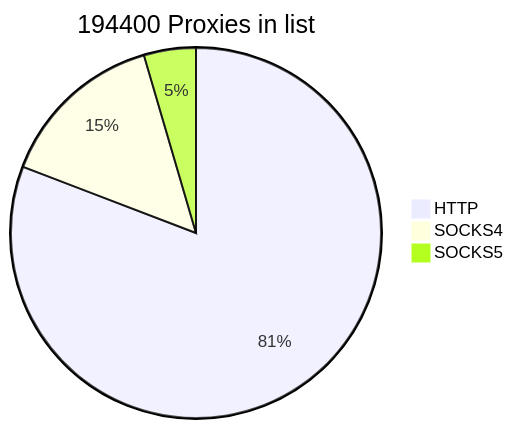
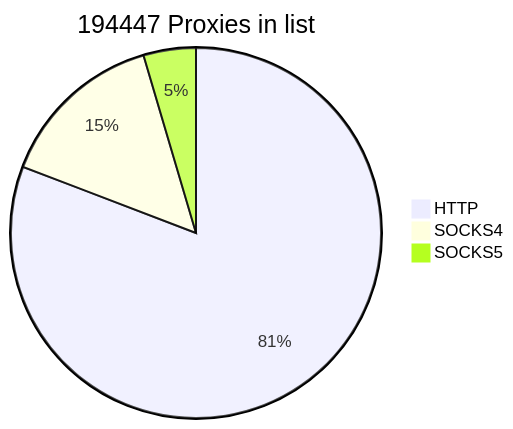
Before and after one commit to cutipu/proxylist: the first of 2 diagrams in README.md, drawn with Mermaid. The commit also changed other lines of this file, not shown here.

````diff
--- a/README.md
+++ b/README.md
@@ -2,7 +2,7 @@
 ```mermaid
-pie title 194400 Proxies in list
-    "HTTP" : 157111
-    "SOCKS4" : 28472
-    "SOCKS5" : 8817
+pie title 194447 Proxies in list
+    "HTTP" : 157132
+    "SOCKS4" : 28423
+    "SOCKS5" : 8892
             
 ```
````
